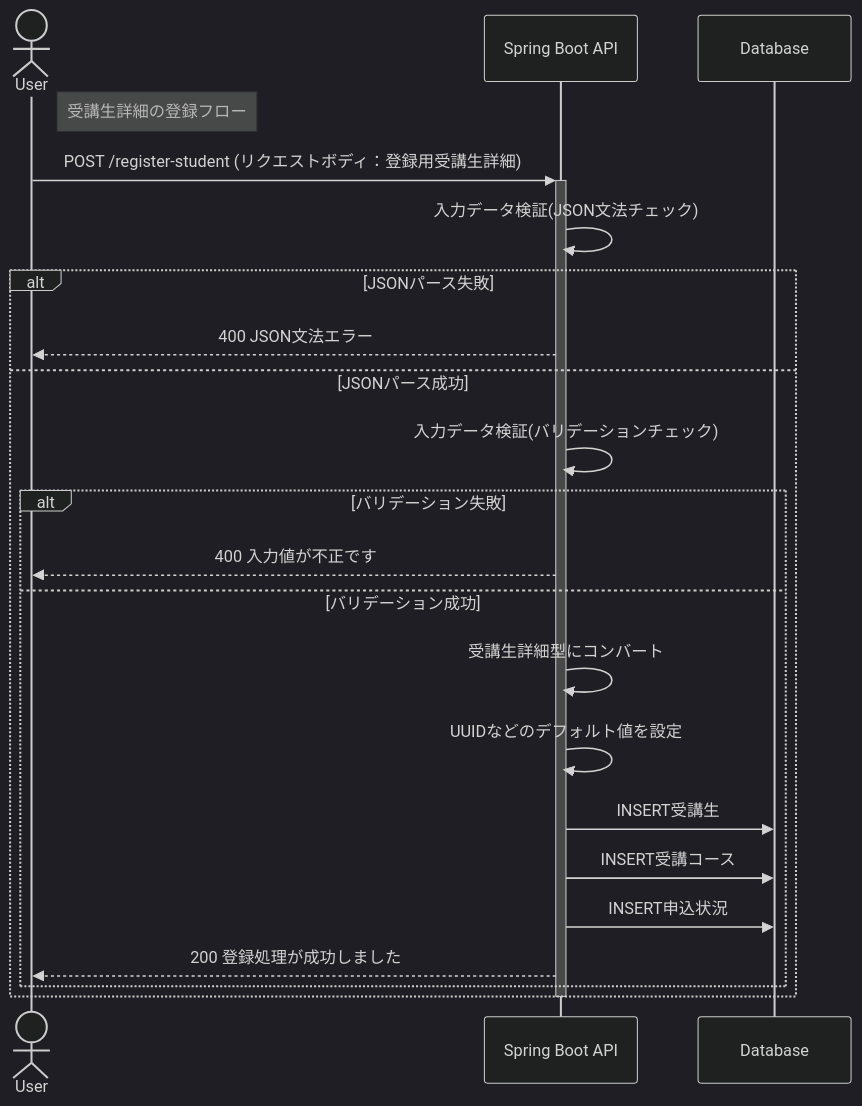
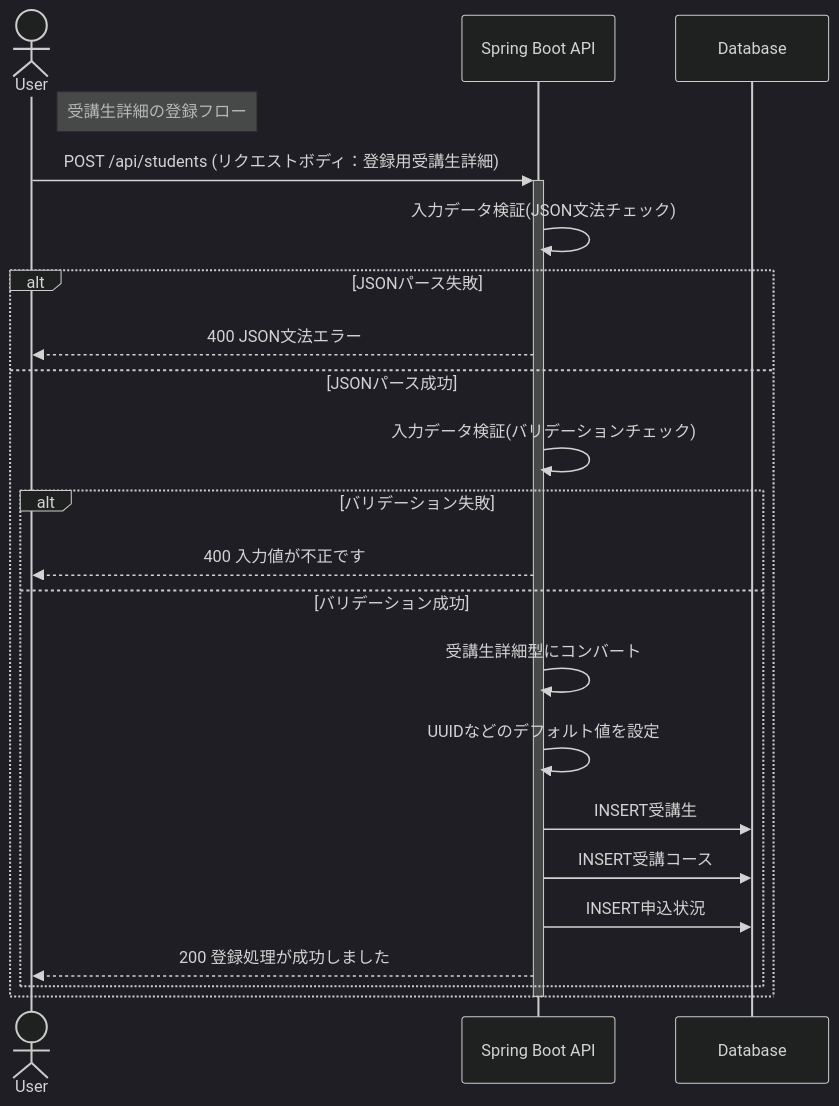
One commit to anmitsu-nagaya/StudentManagement changed the third of 4 diagrams in README.md. Above: the diagram before and after it, drawn with Mermaid (dark theme). The commit also changed other lines of this file, not shown here.

````diff
--- a/README.md
+++ b/README.md
@@ -197,28 +197,28 @@
 ```mermaid
 sequenceDiagram
     actor User
     participant API as Spring Boot API
     participant DB as Database
     Note right of User: 受講生詳細の登録フロー
-    User ->>+ API: POST /register-student (リクエストボディ：登録用受講生詳細)
+    User ->>+ API: POST /api/students (リクエストボディ：登録用受講生詳細)
     API ->> API: 入力データ検証(JSON文法チェック)
     
     alt JSONパース失敗
         API -->> User: 400 JSON文法エラー
     else JSONパース成功
         API ->> API: 入力データ検証(バリデーションチェック)
         
         alt バリデーション失敗
             API -->> User: 400 入力値が不正です
         else バリデーション成功
             API ->> API: 受講生詳細型にコンバート
             API ->> API: UUIDなどのデフォルト値を設定
             API ->> DB: INSERT受講生
             API ->> DB: INSERT受講コース
             API ->> DB: INSERT申込状況
             API -->> User: 200 登録処理が成功しました
         end
     end
     
     deactivate API
 ```
````
